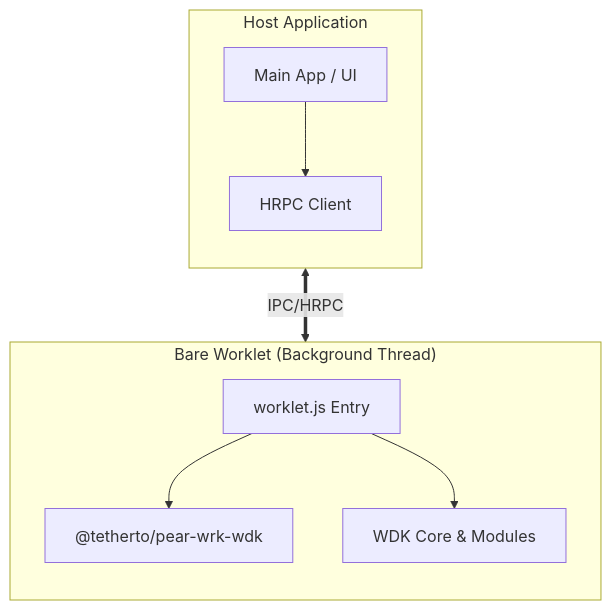
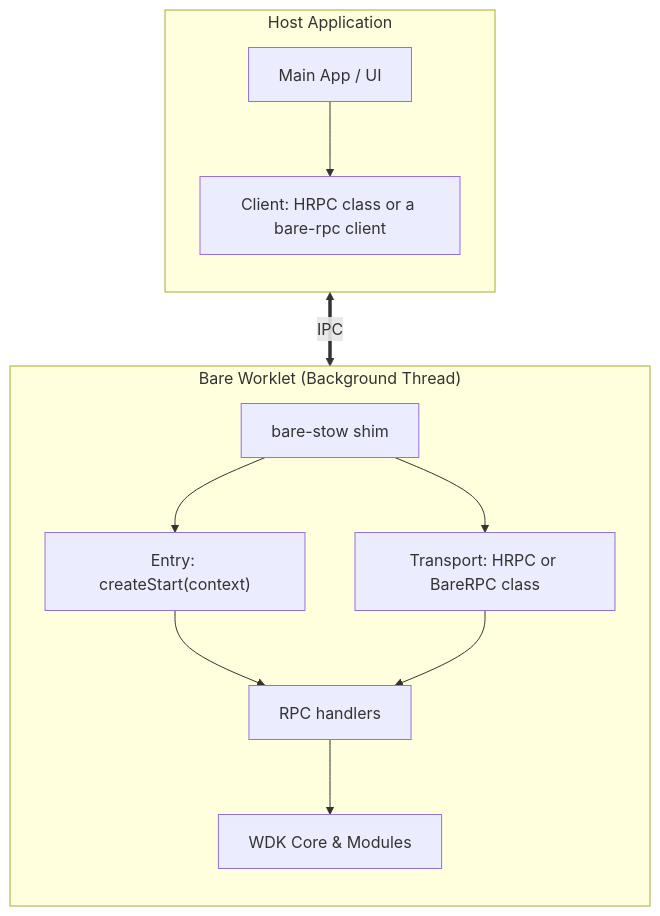
Before and after one commit to claudiovb/pear-wrk-wdk: the diagram in README.md, drawn with Mermaid. The commit also changed other lines of this file and 1 other file, not shown here.

````diff
--- a/README.md
+++ b/README.md
@@ -28,20 +50,25 @@
 ```mermaid
 graph TD
     subgraph "Host Application"
         direction TB
         Host[Main App / UI]
-        Client[HRPC Client]
+        Client["Client: HRPC class or a bare-rpc client"]
     end
 
     subgraph "Bare Worklet (Background Thread)"
         direction TB
-        Entry[worklet.js Entry]
-        Infra["@tetherto/pear-wrk-wdk"]
+        Shim[bare-stow shim]
+        Transport["Transport: HRPC or BareRPC class"]
+        Entry["Entry: createStart(context)"]
+        Handlers[RPC handlers]
         WDK[WDK Core & Modules]
     end
 
     Host --> Client
-    Client <== IPC/HRPC ==> Entry
-    Entry --> Infra
-    Entry --> WDK
+    Client <== IPC ==> Transport
+    Shim --> Transport
+    Shim --> Entry
+    Entry --> Handlers
+    Transport --> Handlers
+    Handlers --> WDK
 ```
````
